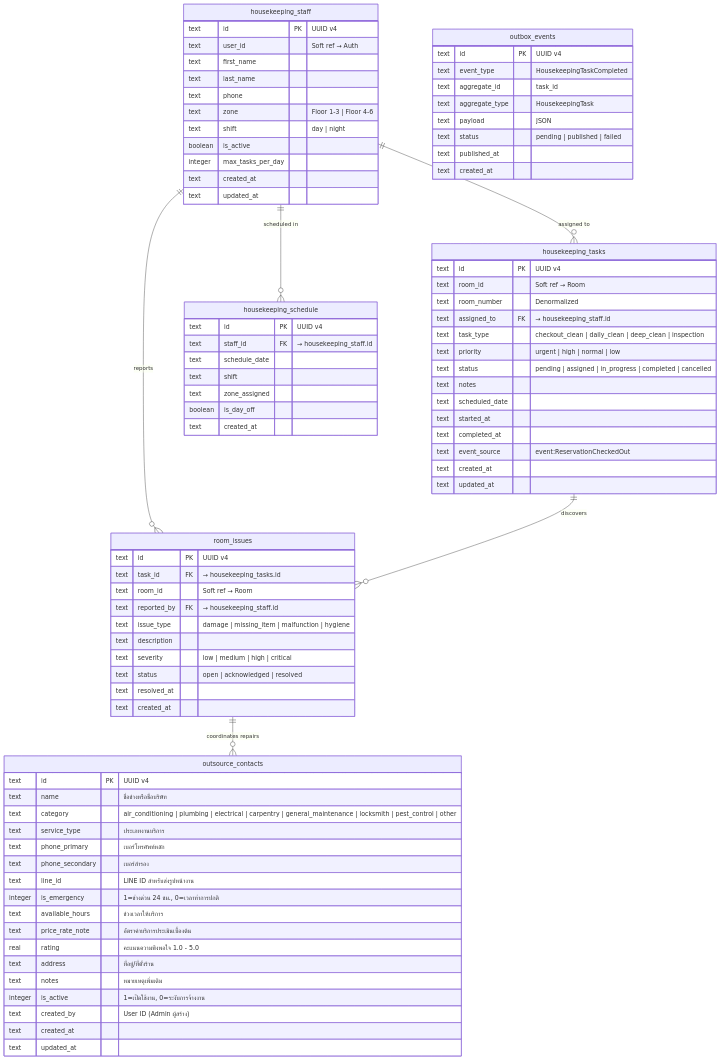
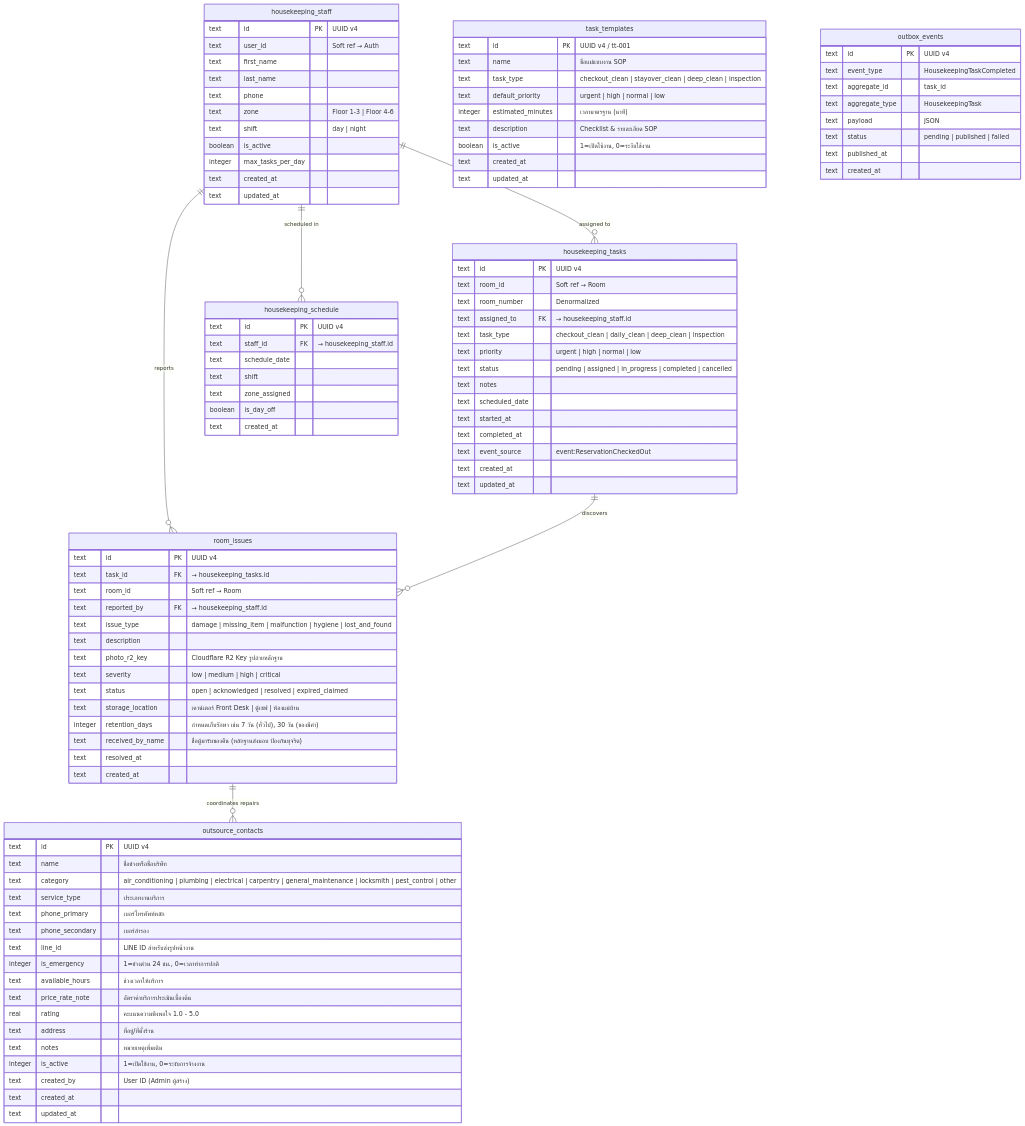
Diagram 19 of 22 in docs/Hotel_Management_System_updated.md (csi204/keystay), drawn with Mermaid before and after one commit. The commit also changed other lines of this file and 25 other files, not shown here.

Commit message:
feat(housekeeping,room-inventory): add minibar catalog and task templates CRUD APIs, lost and found, and 14 mocha tests

```diff
--- a/docs/Hotel_Management_System_updated.md
+++ b/docs/Hotel_Management_System_updated.md
@@ -1558,12 +1578,27 @@
         text task_id FK "→ housekeeping_tasks.id"
         text room_id "Soft ref → Room"
         text reported_by FK "→ housekeeping_staff.id"
-        text issue_type "damage | missing_item | malfunction | hygiene"
+        text issue_type "damage | missing_item | malfunction | hygiene | lost_and_found"
         text description
+        text photo_r2_key "Cloudflare R2 Key รูปถ่ายหลักฐาน"
         text severity "low | medium | high | critical"
-        text status "open | acknowledged | resolved"
+        text status "open | acknowledged | resolved | expired_claimed"
+        text storage_location "เคาน์เตอร์ Front Desk | ตู้เซฟ | ห้องแม่บ้าน"
+        integer retention_days "กำหนดเก็บรักษา เช่น 7 วัน (ทั่วไป), 30 วัน (ของมีค่า)"
+        text received_by_name "ชื่อผู้มารับของคืน (หลักฐานส่งมอบ ป้องกันทุจริต)"
         text resolved_at
         text created_at
+    }
+    task_templates {
+        text id PK "UUID v4 / tt-001"
+        text name "ชื่อแม่แบบงาน SOP"
+        text task_type "checkout_clean | stayover_clean | deep_clean | inspection"
+        text default_priority "urgent | high | normal | low"
+        integer estimated_minutes "เวลามาตรฐาน (นาที)"
+        text description "Checklist & รายละเอียด SOP"
+        boolean is_active "1=เปิดใช้งาน, 0=ระงับใช้งาน"
+        text created_at
+        text updated_at
     }
     housekeeping_schedule {
         text id PK "UUID v4"
```
